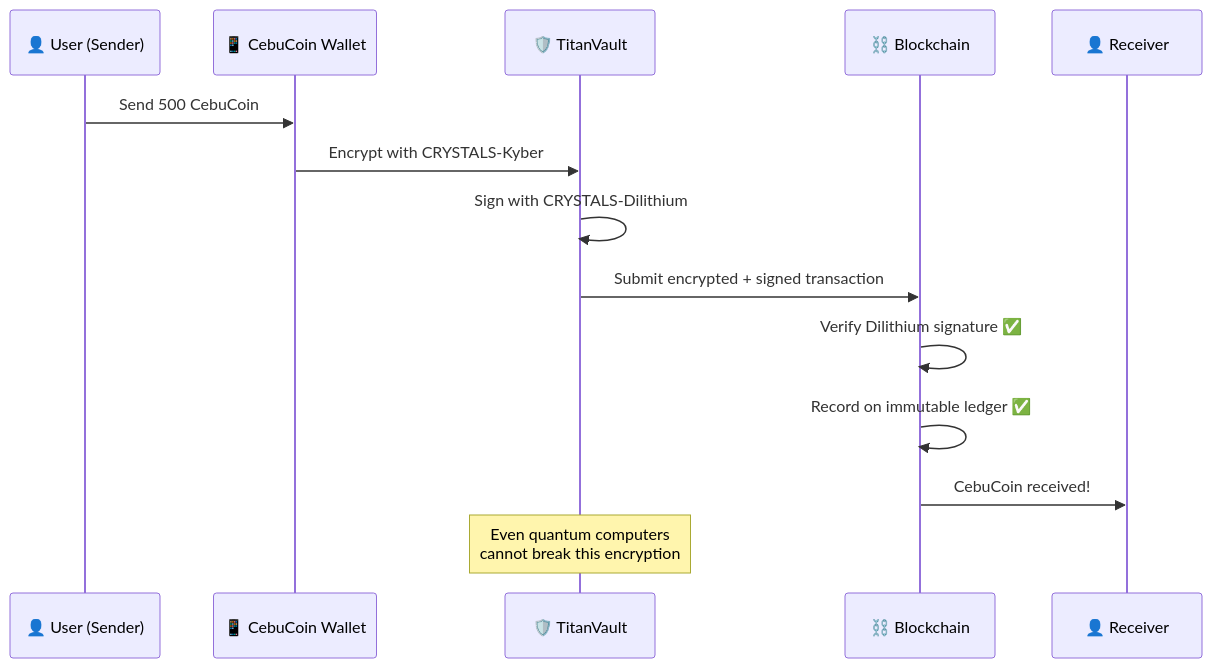
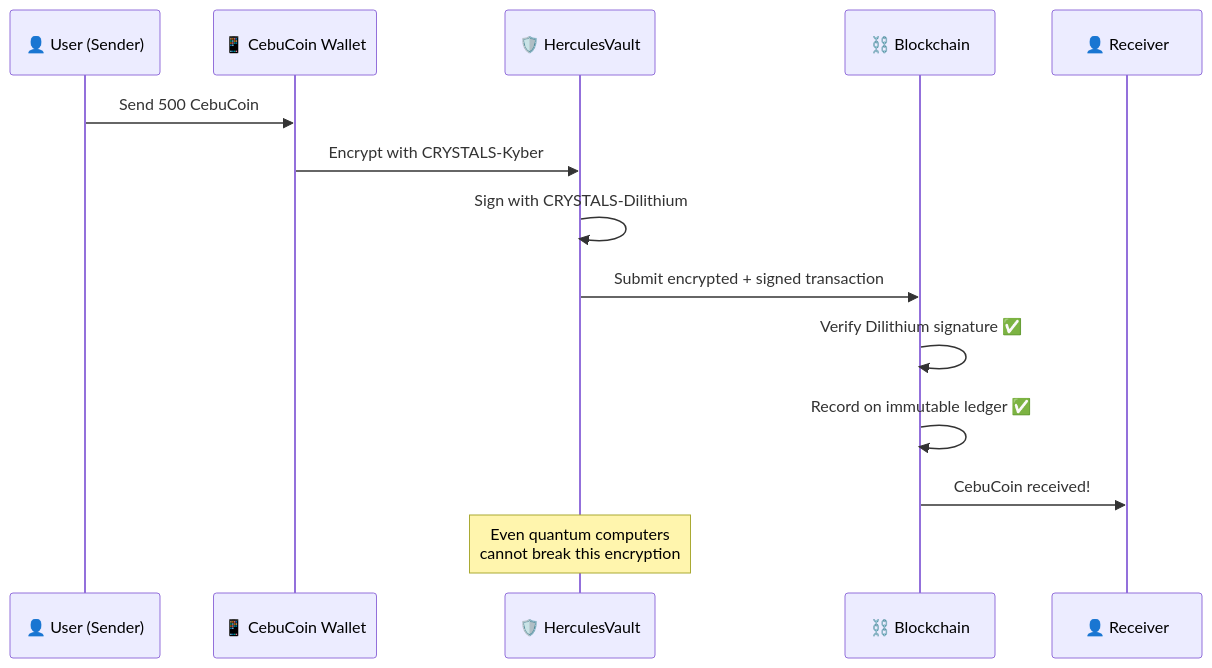
Before and after one commit to ImNew222/Group-2-Finance-Digital-Currency-amp-Automated-Trading-Platforms.: the seventh of 7 diagrams in VISUALS.md, drawn with Mermaid. The commit also changed other lines of this file and 7 other files, not shown here.

````diff
--- a/VISUALS.md
+++ b/VISUALS.md
@@ -217,18 +217,18 @@
 ```mermaid
 sequenceDiagram
     participant U as 👤 User (Sender)
     participant W as 📱 CebuCoin Wallet
-    participant S as 🛡️ TitanVault
+    participant S as 🛡️ HerculesVault
     participant B as ⛓️ Blockchain
     participant R as 👤 Receiver
 
     U->>W: Send 500 CebuCoin
     W->>S: Encrypt with CRYSTALS-Kyber
     S->>S: Sign with CRYSTALS-Dilithium
     S->>B: Submit encrypted + signed transaction
     B->>B: Verify Dilithium signature ✅
     B->>B: Record on immutable ledger ✅
     B->>R: CebuCoin received!
     
     Note over S: Even quantum computers<br/>cannot break this encryption
 ```
````
